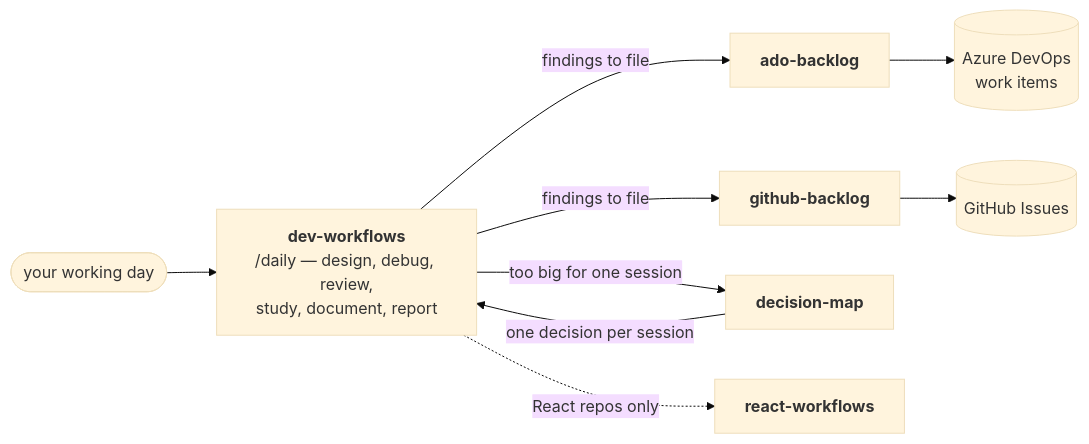
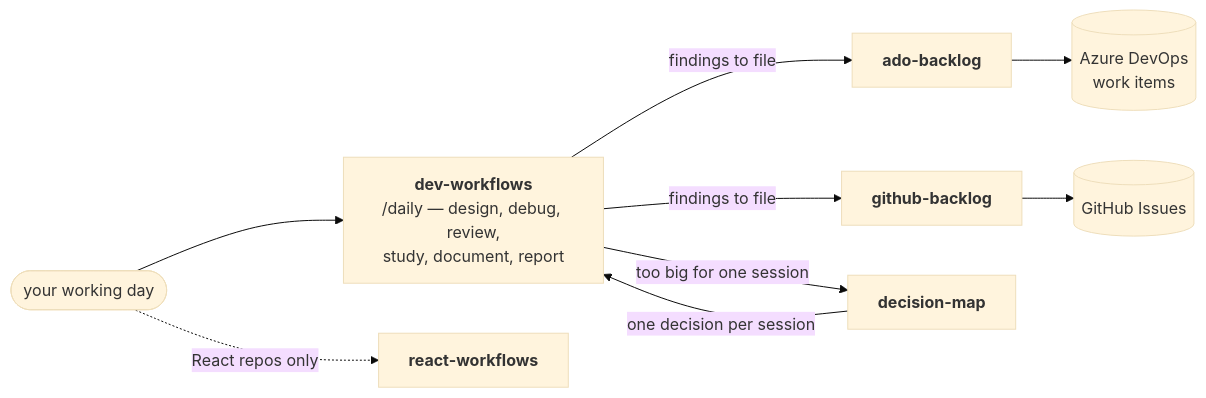
One commit to ThodsaphonSonthiphin/workflow-daily-work changed the diagram in README.md. Above: the diagram before and after it, drawn with Mermaid (base theme). The commit also changed other lines of this file and 3 other files, not shown here.

````diff
--- a/README.md
+++ b/README.md
@@ -14,13 +14,13 @@
 ```mermaid
 flowchart LR
     DAY(["your working day"]) --> DW["<b>dev-workflows</b><br/>/daily — design, debug, review,<br/>study, document, report"]
 
     DW -->|"findings to file"| ADO["<b>ado-backlog</b>"]
     DW -->|"findings to file"| GHB["<b>github-backlog</b>"]
     DW -->|"too big for one session"| DM["<b>decision-map</b>"]
-    DW -.->|"React repos only"| RW["<b>react-workflows</b>"]
+    DAY -.->|"React repos only"| RW["<b>react-workflows</b>"]
 
     ADO --> BOARD[("Azure DevOps<br/>work items")]
     GHB --> ISSUES[("GitHub Issues")]
     DM -->|"one decision per session"| DW
 ```
````
